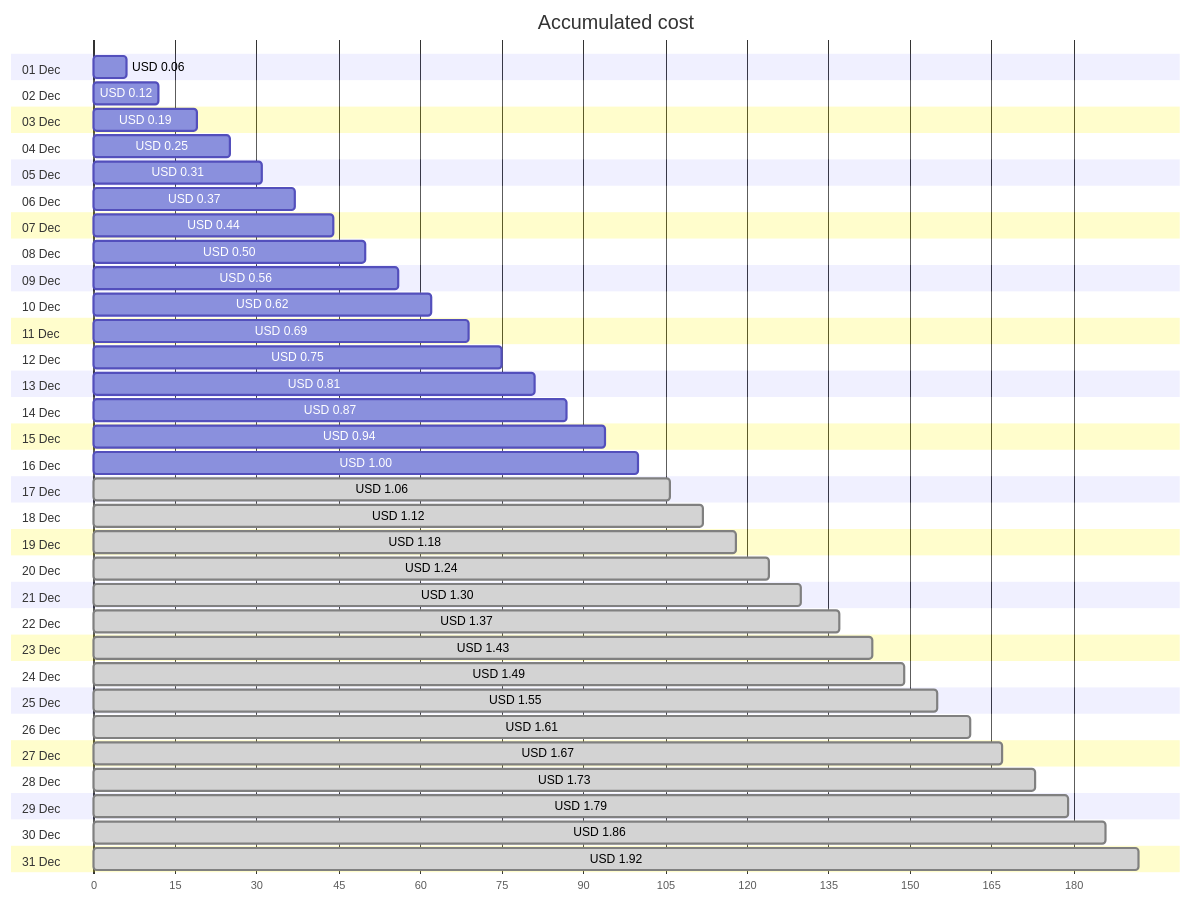
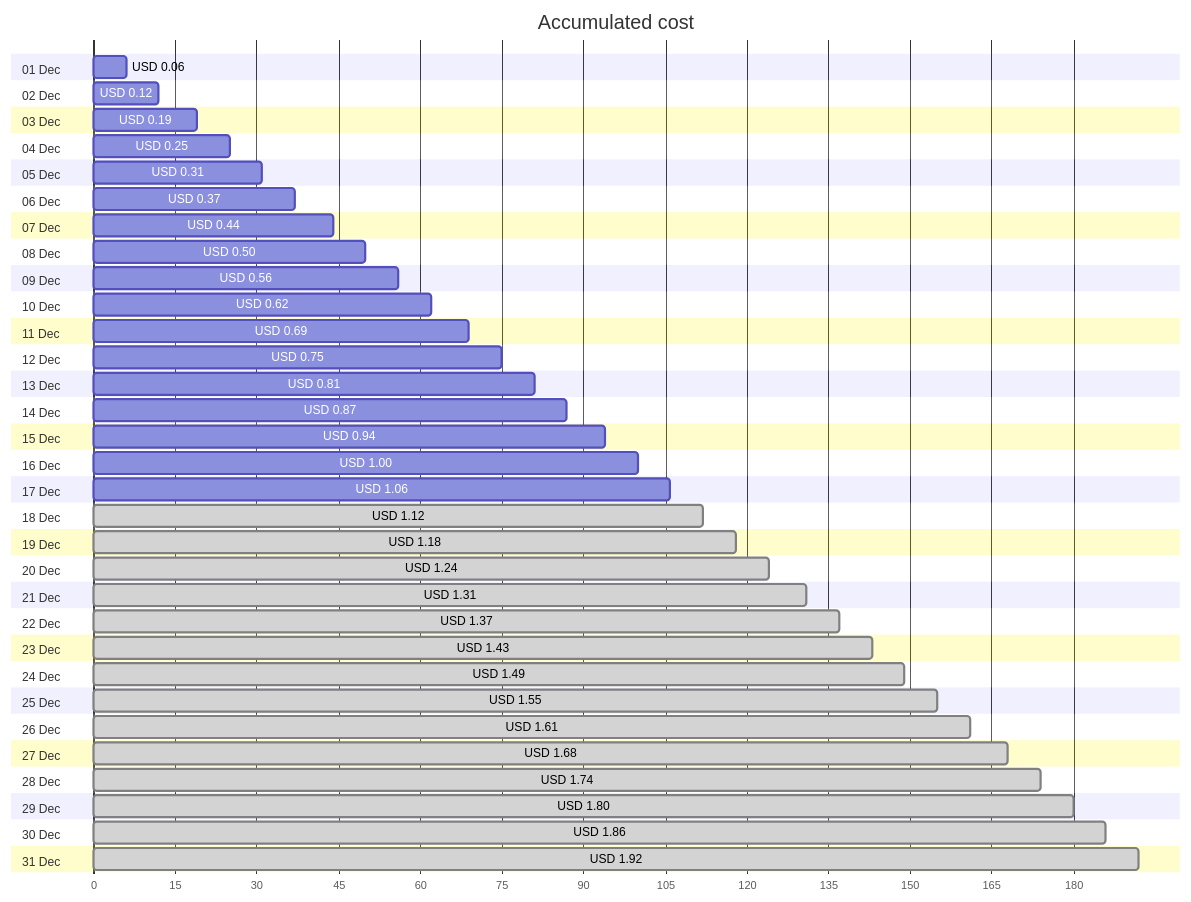
The first of 4 diagrams in cost-reports/personal-network/vpn-server_OsDisk.md (jpfulton/azure-personal-reports), drawn with Mermaid before and after one commit. The commit also changed other lines of this file and 8 other files, not shown here.

````diff
--- a/cost-reports/personal-network/vpn-server_OsDisk.md
+++ b/cost-reports/personal-network/vpn-server_OsDisk.md
@@ -20,68 +20,68 @@
 ```mermaid
 gantt
    title Accumulated cost
    dateFormat  X
    axisFormat %s
    section 01 Dec
    USD 0.06 :0, 6
    section 02 Dec
    USD 0.12 :0, 12
    section 03 Dec
    USD 0.19 :0, 19
    section 04 Dec
    USD 0.25 :0, 25
    section 05 Dec
    USD 0.31 :0, 31
    section 06 Dec
    USD 0.37 :0, 37
    section 07 Dec
    USD 0.44 :0, 44
    section 08 Dec
    USD 0.50 :0, 50
    section 09 Dec
    USD 0.56 :0, 56
    section 10 Dec
    USD 0.62 :0, 62
    section 11 Dec
    USD 0.69 :0, 69
    section 12 Dec
    USD 0.75 :0, 75
    section 13 Dec
    USD 0.81 :0, 81
    section 14 Dec
    USD 0.87 :0, 87
    section 15 Dec
    USD 0.94 :0, 94
    section 16 Dec
    USD 1.00 :0, 100
    section 17 Dec
-   USD 1.06 : done, 0, 106
+   USD 1.06 :0, 106
    section 18 Dec
    USD 1.12 : done, 0, 112
    section 19 Dec
    USD 1.18 : done, 0, 118
    section 20 Dec
    USD 1.24 : done, 0, 124
    section 21 Dec
-   USD 1.30 : done, 0, 130
+   USD 1.31 : done, 0, 131
    section 22 Dec
    USD 1.37 : done, 0, 137
    section 23 Dec
    USD 1.43 : done, 0, 143
    section 24 Dec
    USD 1.49 : done, 0, 149
    section 25 Dec
    USD 1.55 : done, 0, 155
    section 26 Dec
    USD 1.61 : done, 0, 161
    section 27 Dec
-   USD 1.67 : done, 0, 167
+   USD 1.68 : done, 0, 168
    section 28 Dec
-   USD 1.73 : done, 0, 173
+   USD 1.74 : done, 0, 174
    section 29 Dec
-   USD 1.79 : done, 0, 179
+   USD 1.80 : done, 0, 180
    section 30 Dec
    USD 1.86 : done, 0, 186
    section 31 Dec
    USD 1.92 : done, 0, 192
 ```
````
